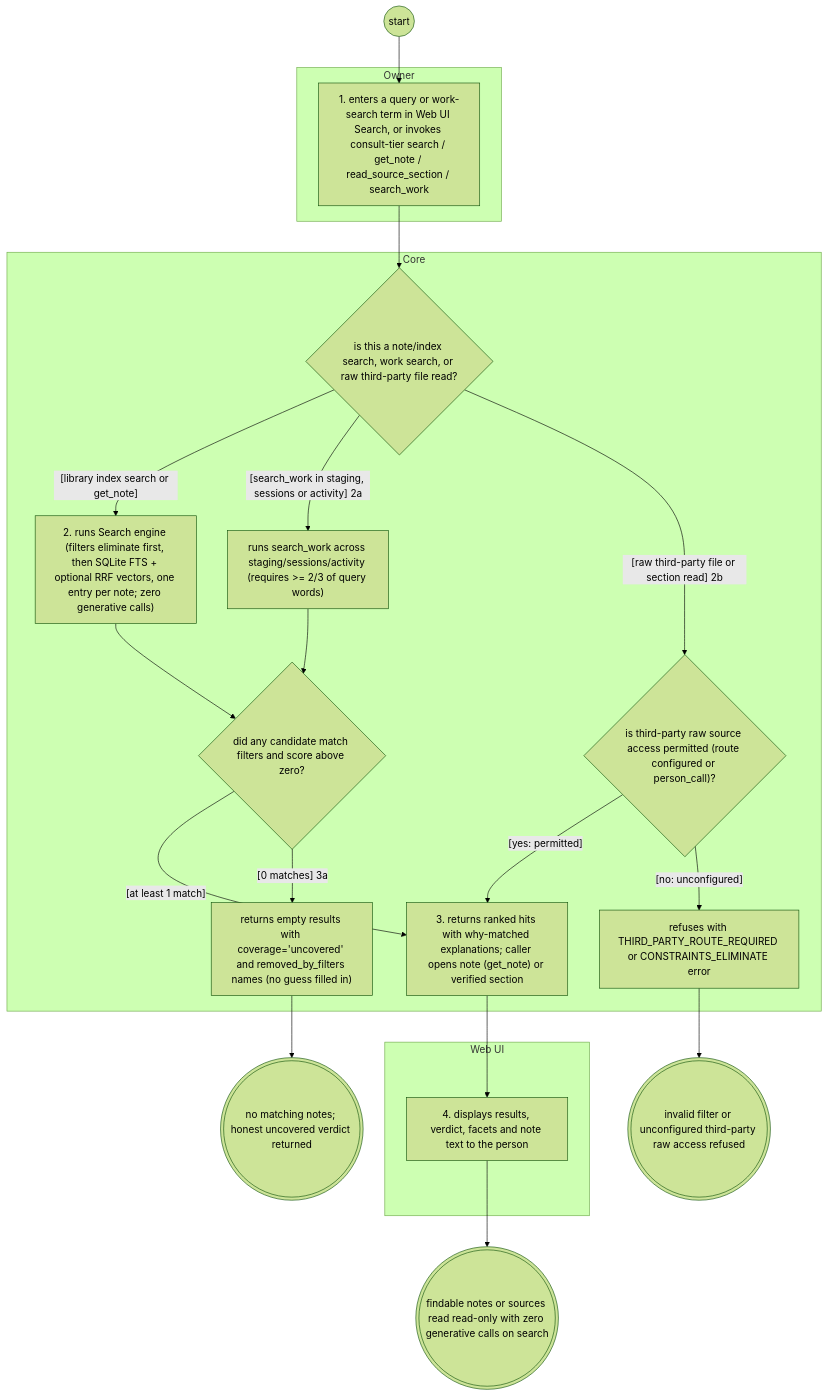
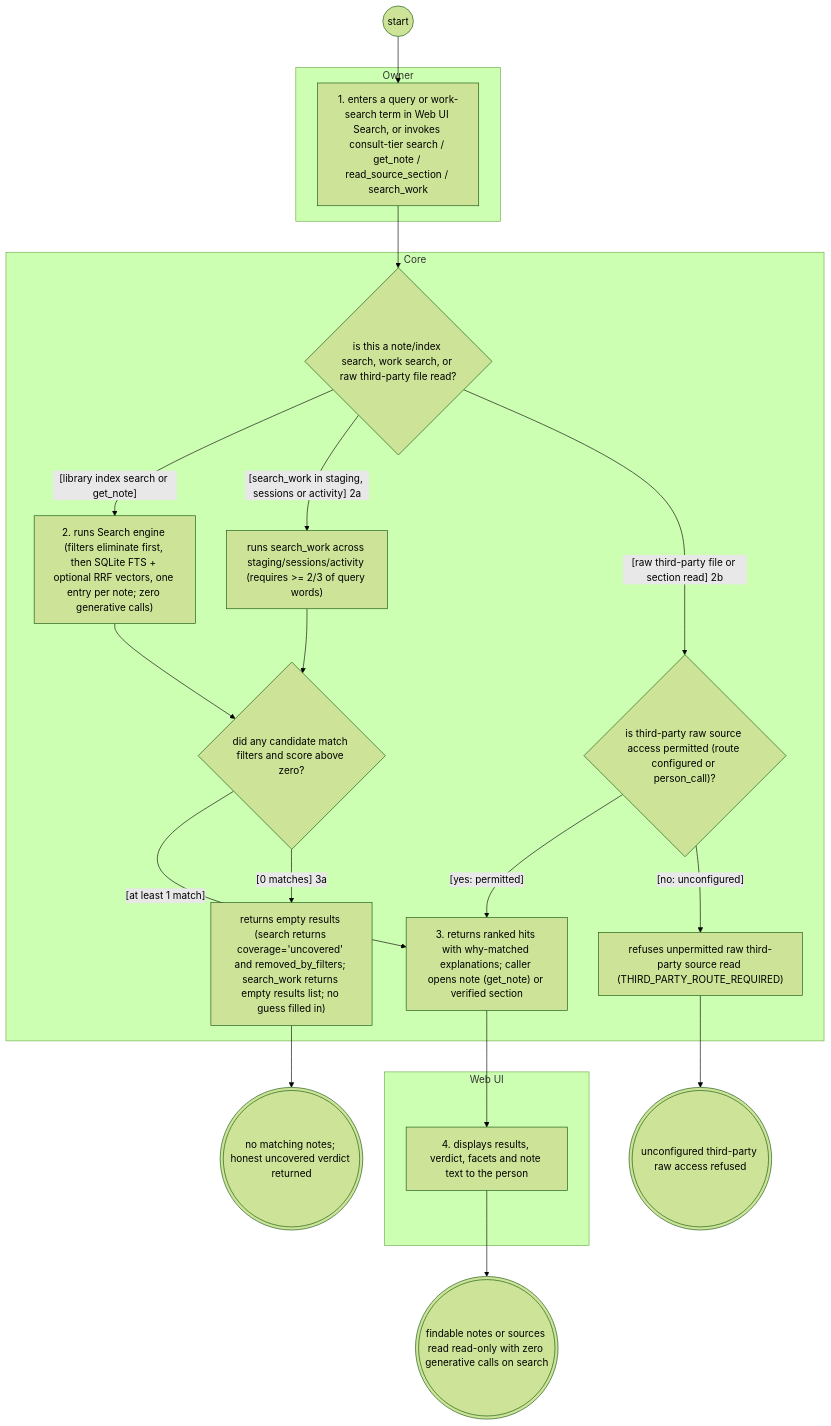
The diagram in reports/2026-11-25-systems-analysis-finalisation/librarian/as-is/views/search-and-read.views.md (Jake36999/Librarian_V2), drawn with Mermaid (forest theme) before and after one commit. The commit also changed other lines of this file and 35 other files, not shown here.

````diff
--- a/reports/2026-11-25-systems-analysis-finalisation/librarian/as-is/views/search-and-read.views.md
+++ b/reports/2026-11-25-systems-analysis-finalisation/librarian/as-is/views/search-and-read.views.md
@@ -49,39 +49,39 @@
 ```mermaid
 flowchart TD
   subgraph Owner["Owner"]
     ask["1. enters a query or work-search term in Web UI Search, or invokes consult-tier search / get_note / read_source_section / search_work"]
   end
   subgraph Web_UI["Web UI"]
     show["4. displays results, verdict, facets and note text to the person"]
   end
   subgraph Core["Core"]
     dsurface{"is this a note/index search, work search, or raw third-party file read?"}
     query["2. runs Search engine (filters eliminate first, then SQLite FTS + optional RRF vectors, one entry per note; zero generative calls)"]
     work["runs search_work across staging/sessions/activity (requires >= 2/3 of query words)"]
     dthird{"is third-party raw source access permitted (route configured or person_call)?"}
-    refused["refuses with THIRD_PARTY_ROUTE_REQUIRED or CONSTRAINTS_ELIMINATE error"]
+    refused["refuses unpermitted raw third-party source read (THIRD_PARTY_ROUTE_REQUIRED)"]
     dhit{"did any candidate match filters and score above zero?"}
-    empty["returns empty results with coverage='uncovered' and removed_by_filters names (no guess filled in)"]
+    empty["returns empty results (search returns coverage='uncovered' and removed_by_filters; search_work returns empty results list; no guess filled in)"]
     read["3. returns ranked hits with why-matched explanations; caller opens note (get_note) or verified section"]
   end
   s(("start"))
   e1((("findable notes or sources read read-only with zero generative calls on search")))
   e_empty((("no matching notes; honest uncovered verdict returned")))
-  e_refused((("invalid filter or unconfigured third-party raw access refused")))
+  e_refused((("unconfigured third-party raw access refused")))
   s --> ask
   ask --> dsurface
   dsurface -->|"[library index search or get_note]"| query
   dsurface -->|"[search_work in staging, sessions or activity] 2a"| work
   dsurface -->|"[raw third-party file or section read] 2b"| dthird
   work --> dhit
   dthird -->|"[yes: permitted]"| read
   dthird -->|"[no: unconfigured]"| refused
   refused --> e_refused
   query --> dhit
   dhit -->|"[at least 1 match]"| read
   dhit -->|"[0 matches] 3a"| empty
   empty --> e_empty
   read --> show
   show --> e1
   classDef ext stroke:#d9534f,stroke-width:2px
 ```
````
